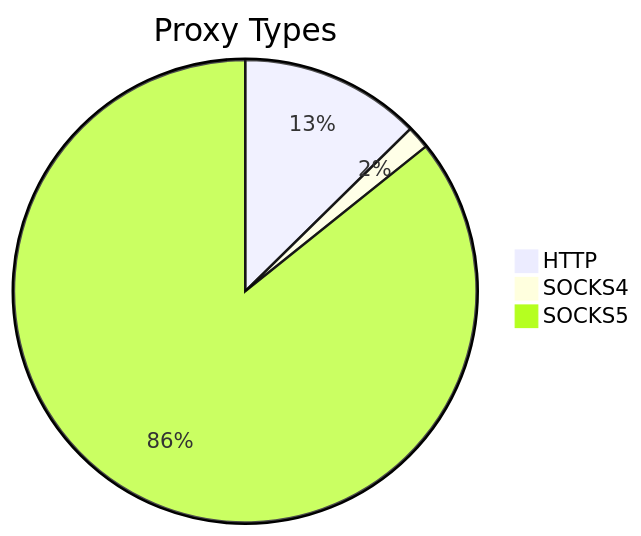
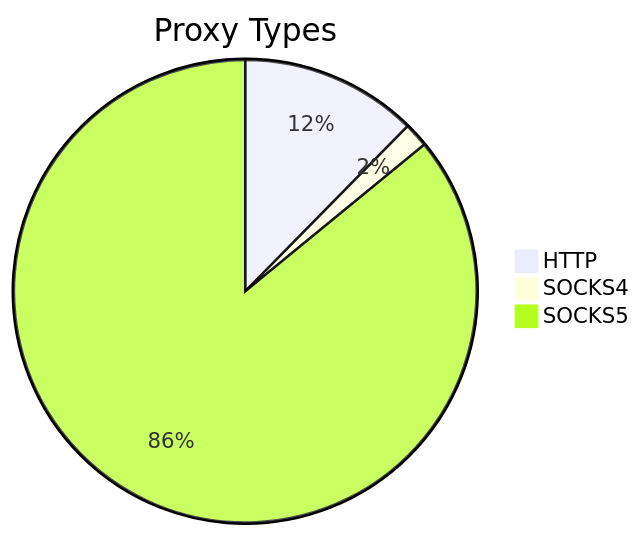
Before and after one commit to stormsia/proxy-list: the first of 2 diagrams in README.md, drawn with Mermaid. The commit also changed other lines of this file, not shown here.

````diff
--- a/README.md
+++ b/README.md
@@ -21,6 +21,6 @@
 ```mermaid
 pie title Proxy Types
-    "HTTP" : 47
-    "SOCKS4" : 6
-    "SOCKS5" : 319
+    "HTTP" : 58
+    "SOCKS4" : 8
+    "SOCKS5" : 403
 ```
````
